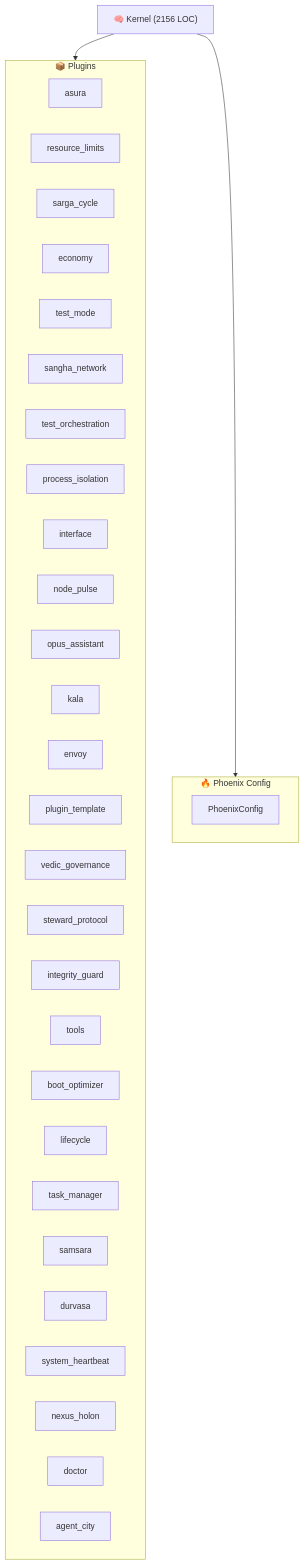
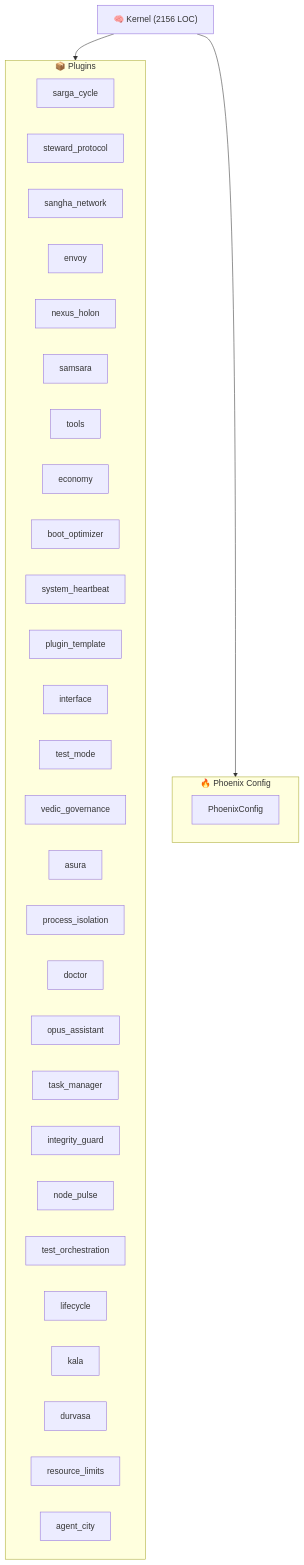
The diagram in ARCHITECTURE.md (kimeisele/steward-protocol), drawn with Mermaid before and after one commit. The commit also changed other lines of this file and 11 other files, not shown here.

````diff
--- a/ARCHITECTURE.md
+++ b/ARCHITECTURE.md
@@ -8,38 +8,38 @@
 ```mermaid
 graph TB
     K["🧠 Kernel (2156 LOC)"]
     subgraph Plugins["📦 Plugins"]
+        P_sarga_cycle["sarga_cycle"]
+        P_steward_protocol["steward_protocol"]
+        P_sangha_network["sangha_network"]
+        P_envoy["envoy"]
+        P_nexus_holon["nexus_holon"]
+        P_samsara["samsara"]
+        P_tools["tools"]
+        P_economy["economy"]
+        P_boot_optimizer["boot_optimizer"]
+        P_system_heartbeat["system_heartbeat"]
+        P_plugin_template["plugin_template"]
+        P_interface["interface"]
+        P_test_mode["test_mode"]
+        P_vedic_governance["vedic_governance"]
         P_asura["asura"]
+        P_process_isolation["process_isolation"]
+        P_doctor["doctor"]
+        P_opus_assistant["opus_assistant"]
+        P_task_manager["task_manager"]
+        P_integrity_guard["integrity_guard"]
+        P_node_pulse["node_pulse"]
+        P_test_orchestration["test_orchestration"]
+        P_lifecycle["lifecycle"]
+        P_kala["kala"]
+        P_durvasa["durvasa"]
         P_resource_limits["resource_limits"]
-        P_sarga_cycle["sarga_cycle"]
-        P_economy["economy"]
-        P_test_mode["test_mode"]
-        P_sangha_network["sangha_network"]
-        P_test_orchestration["test_orchestration"]
-        P_process_isolation["process_isolation"]
-        P_interface["interface"]
-        P_node_pulse["node_pulse"]
-        P_opus_assistant["opus_assistant"]
-        P_kala["kala"]
-        P_envoy["envoy"]
-        P_plugin_template["plugin_template"]
-        P_vedic_governance["vedic_governance"]
-        P_steward_protocol["steward_protocol"]
-        P_integrity_guard["integrity_guard"]
-        P_tools["tools"]
-        P_boot_optimizer["boot_optimizer"]
-        P_lifecycle["lifecycle"]
-        P_task_manager["task_manager"]
-        P_samsara["samsara"]
-        P_durvasa["durvasa"]
-        P_system_heartbeat["system_heartbeat"]
-        P_nexus_holon["nexus_holon"]
-        P_doctor["doctor"]
         P_agent_city["agent_city"]
     end
     K --> Plugins
     subgraph Config["🔥 Phoenix Config"]
         PC[PhoenixConfig]
     end
     K --> Config
 ```
````
